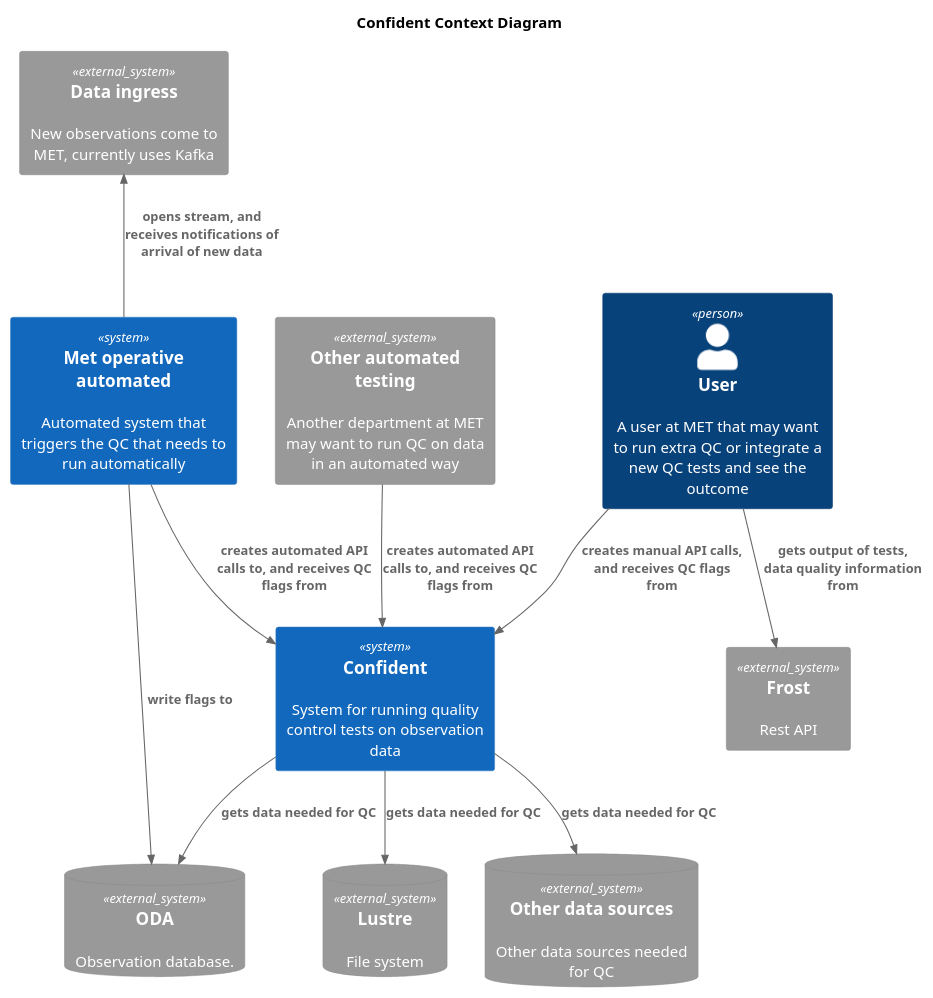
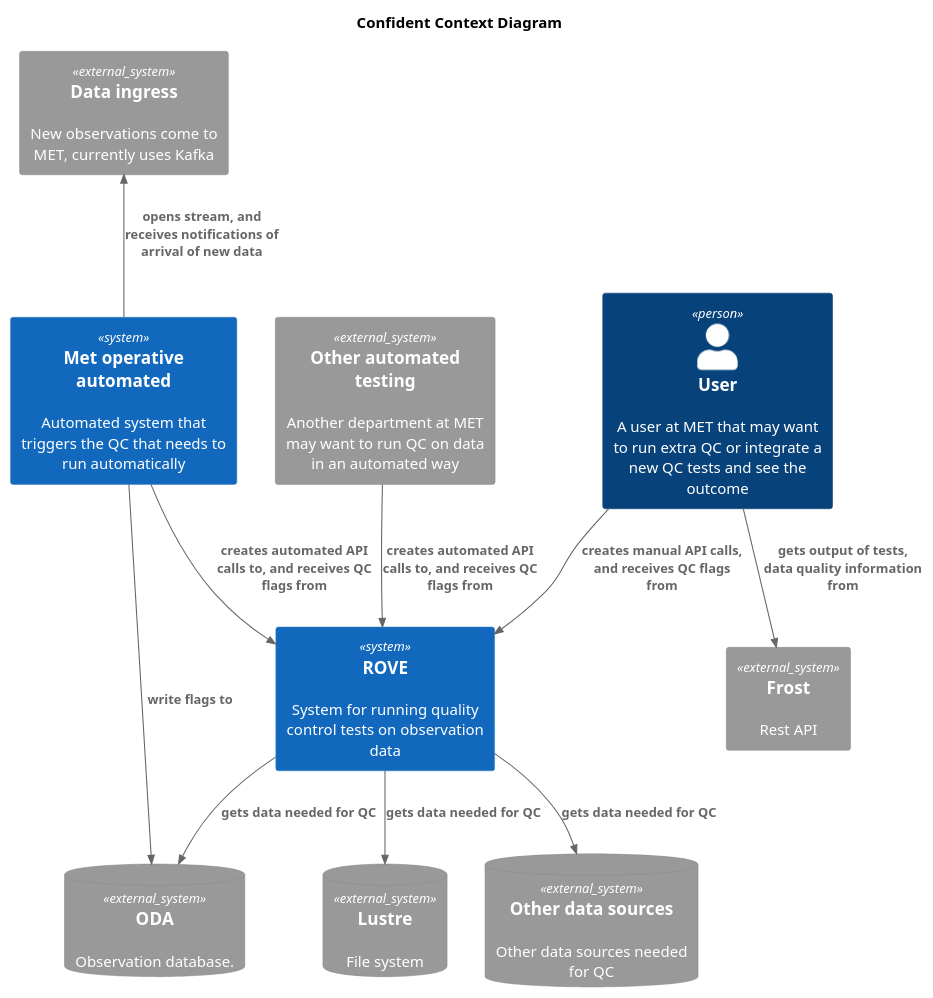
The diagram in docs/C4_context.puml (metno/rove), drawn with PlantUML before and after one commit. The commit also changed 5 other files, not shown here.

Commit message:
docs: update C4 diagrams

```diff
--- a/docs/C4_context.puml
+++ b/docs/C4_context.puml
@@ -1,32 +1,32 @@
 @startuml Confident_Context
 !include https://raw.githubusercontent.com/plantuml-stdlib/C4-PlantUML/master/C4_Container.puml
 
 LAYOUT_TOP_DOWN()
 
 title
   Confident Context Diagram
 end title 
 
 Person(user, "User", "A user at MET that may want to run extra QC or integrate a new QC tests and see the outcome")
 System(new_obs_system, "Met operative automated", "Automated system that triggers the QC that needs to run automatically")
 System_Ext(kafka, "Data ingress", "New observations come to MET, currently uses Kafka")
 System_Ext(other_department, "Other automated testing", "Another department at MET may want to run QC on data in an automated way")
 
-System(confident, "Confident", "System for running quality control tests on observation data")
+System(rove, "ROVE", "System for running quality control tests on observation data")
 System_Ext(frost, "Frost", "Rest API")
 SystemDb_Ext(oda, "ODA", "Observation database.")
 SystemDb_Ext(lustre, "Lustre", "File system")
 SystemDb_Ext(datasources, "Other data sources", "Other data sources needed for QC")
 
 Rel_U(new_obs_system, kafka, "opens stream, and receives notifications of arrival of new data")
 
-Rel(user, confident, "creates manual API calls, and receives QC flags from")
-Rel(new_obs_system, confident, "creates automated API calls to, and receives QC flags from")
-Rel(other_department, confident, "creates automated API calls to, and receives QC flags from")
+Rel(user, rove, "creates manual API calls, and receives QC flags from")
+Rel(new_obs_system, rove, "creates automated API calls to, and receives QC flags from")
+Rel(other_department, rove, "creates automated API calls to, and receives QC flags from")
 
-Rel(confident, oda, "gets data needed for QC")
+Rel(rove, oda, "gets data needed for QC")
 Rel(new_obs_system, oda, "write flags to")
-Rel(confident, lustre, "gets data needed for QC")
-Rel(confident, datasources, "gets data needed for QC")
+Rel(rove, lustre, "gets data needed for QC")
+Rel(rove, datasources, "gets data needed for QC")
 Rel(user, frost, "gets output of tests, data quality information from")
 @enduml
```
